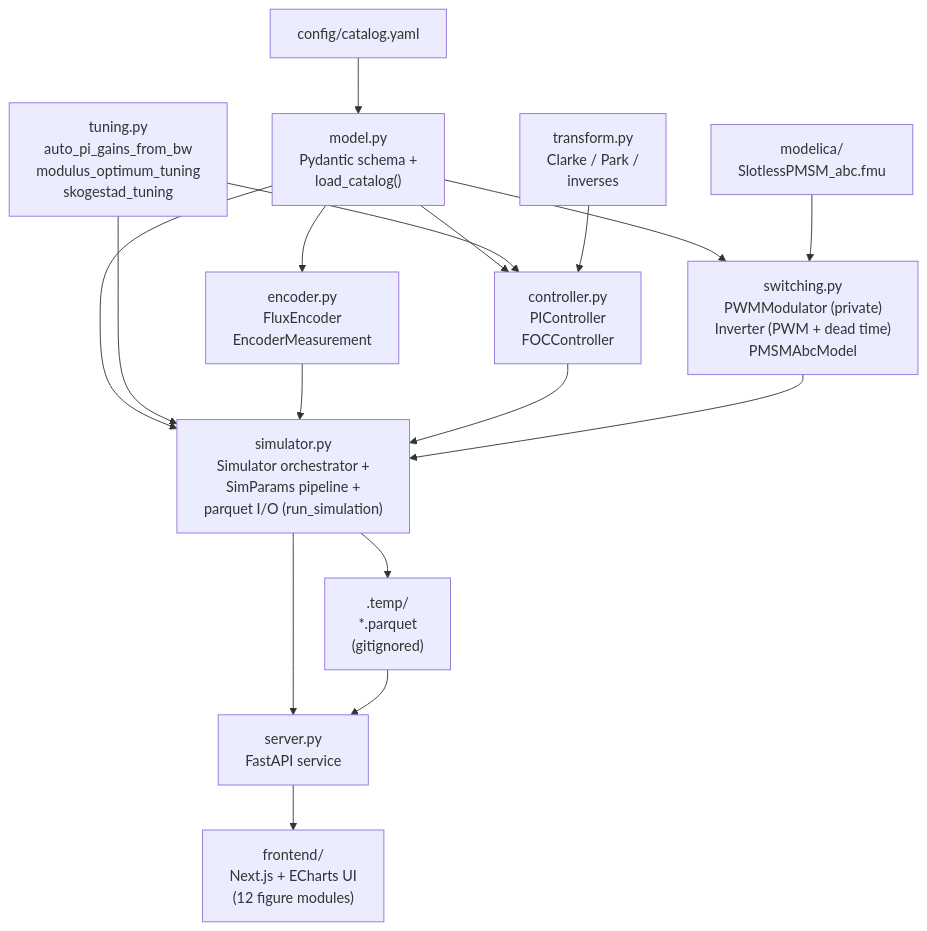
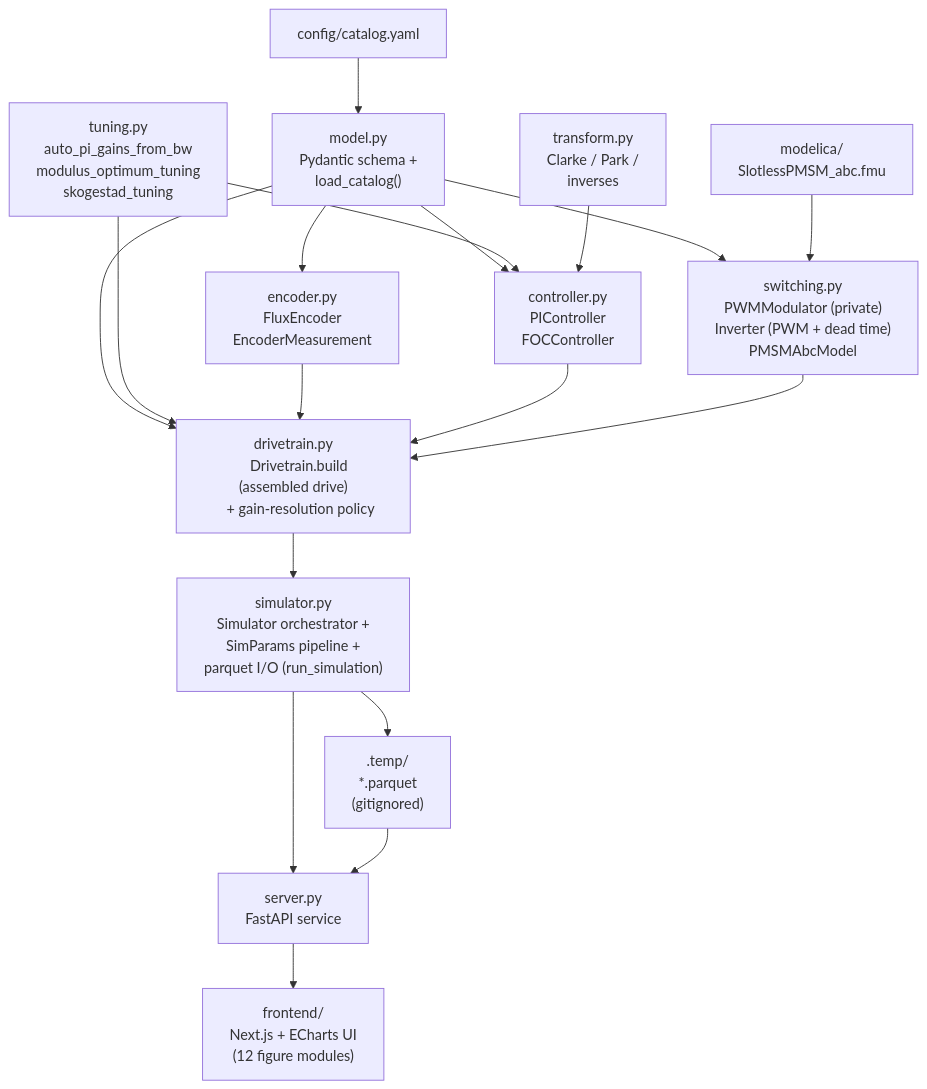
One commit to PhillipMaree/slimtorq-control changed the third of 3 diagrams in README.md. Above: the diagram before and after it, drawn with Mermaid. The commit also changed other lines of this file and 33 other files, not shown here.

````diff
--- a/README.md
+++ b/README.md
@@ -108,55 +117,59 @@
 ```mermaid
 graph TD
     catalog["config/catalog.yaml"]
     model["model.py
     Pydantic schema +
     load_catalog()"]
     tuning["tuning.py
     auto_pi_gains_from_bw
     modulus_optimum_tuning
     skogestad_tuning"]
     transform["transform.py
     Clarke / Park /
     inverses"]
     controller["controller.py
     PIController
     FOCController"]
     encoder["encoder.py
     FluxEncoder
     EncoderMeasurement"]
     switching["switching.py
     PWMModulator (private)
     Inverter (PWM + dead time)
     PMSMAbcModel"]
     fmu["modelica/
     SlotlessPMSM_abc.fmu"]
+    drivetrain["drivetrain.py
+    Drivetrain.build (assembled drive)
+    + gain-resolution policy"]
     simulator["simulator.py
     Simulator orchestrator +
     SimParams pipeline +
     parquet I/O (run_simulation)"]
     server["server.py
     FastAPI service"]
     parquet[".temp/
     *.parquet
     (gitignored)"]
     frontend["frontend/
     Next.js + ECharts UI
     (12 figure modules)"]
 
     catalog --> model
     model --> controller
     model --> switching
     model --> encoder
-    model --> simulator
+    model --> drivetrain
     tuning --> controller
-    tuning --> simulator
+    tuning --> drivetrain
     transform --> controller
-    encoder --> simulator
-    controller --> simulator
-    switching --> simulator
+    encoder --> drivetrain
+    controller --> drivetrain
+    switching --> drivetrain
     fmu --> switching
+    drivetrain --> simulator
     simulator --> parquet
     simulator --> server
     server --> frontend
     parquet --> server
 ```
````
